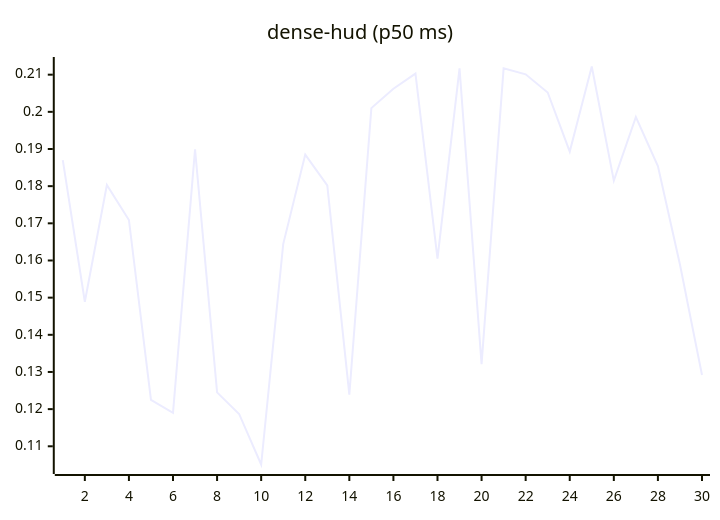
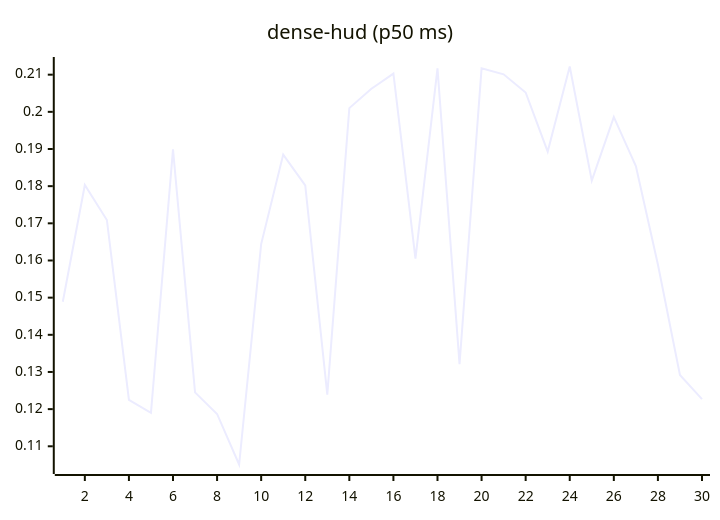
One commit to josha/Facet changed the eighth of 27 diagrams in README.md. Above: the diagram before and after it, drawn with Mermaid. The commit also changed other lines of this file and 2 other files, not shown here.

````diff
--- a/README.md
+++ b/README.md
@@ -112,6 +112,6 @@
 ```mermaid
 xychart-beta
     title "dense-hud (p50 ms)"
     x-axis 1 --> 30
-    line [0.1870, 0.1489, 0.1803, 0.1709, 0.1225, 0.1190, 0.1899, 0.1245, 0.1187, 0.1051, 0.1644, 0.1885, 0.1802, 0.1239, 0.2010, 0.2062, 0.2103, 0.1605, 0.2117, 0.1321, 0.2117, 0.2101, 0.2052, 0.1893, 0.2122, 0.1815, 0.1986, 0.1854, 0.1589, 0.1292]
+    line [0.1489, 0.1803, 0.1709, 0.1225, 0.1190, 0.1899, 0.1245, 0.1187, 0.1051, 0.1644, 0.1885, 0.1802, 0.1239, 0.2010, 0.2062, 0.2103, 0.1605, 0.2117, 0.1321, 0.2117, 0.2101, 0.2052, 0.1893, 0.2122, 0.1815, 0.1986, 0.1854, 0.1589, 0.1292, 0.1227]
 ```
````
